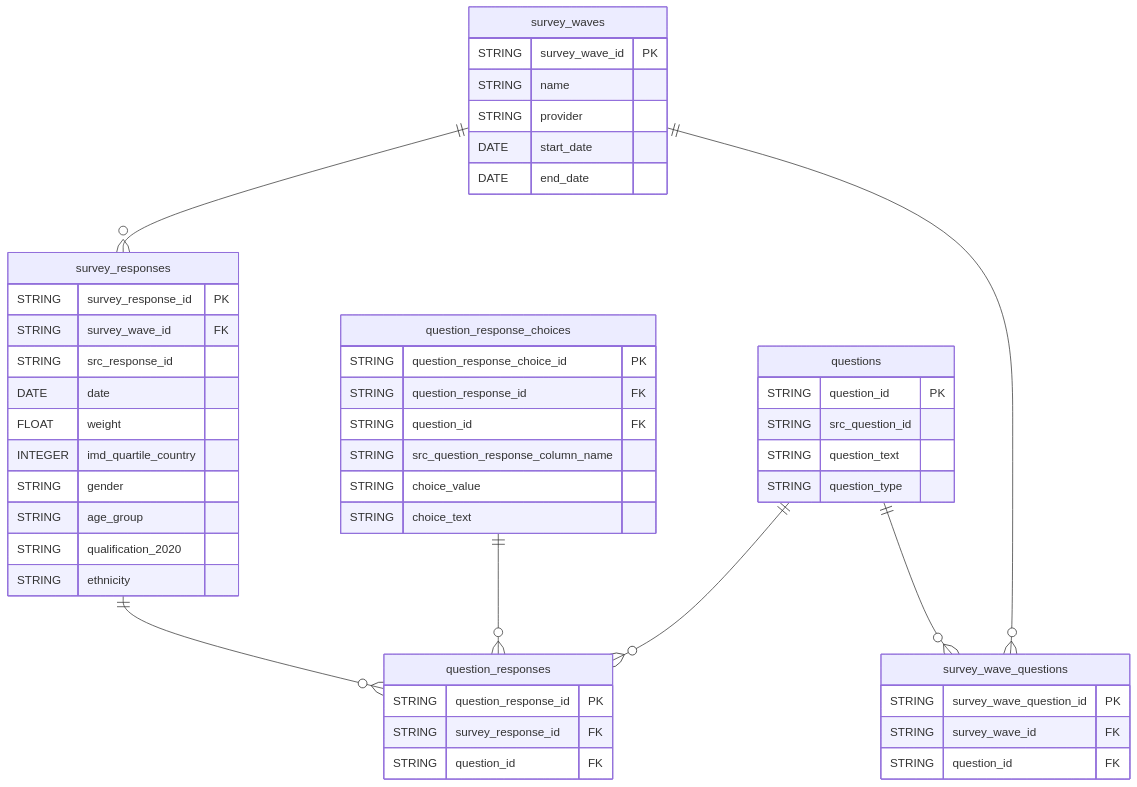
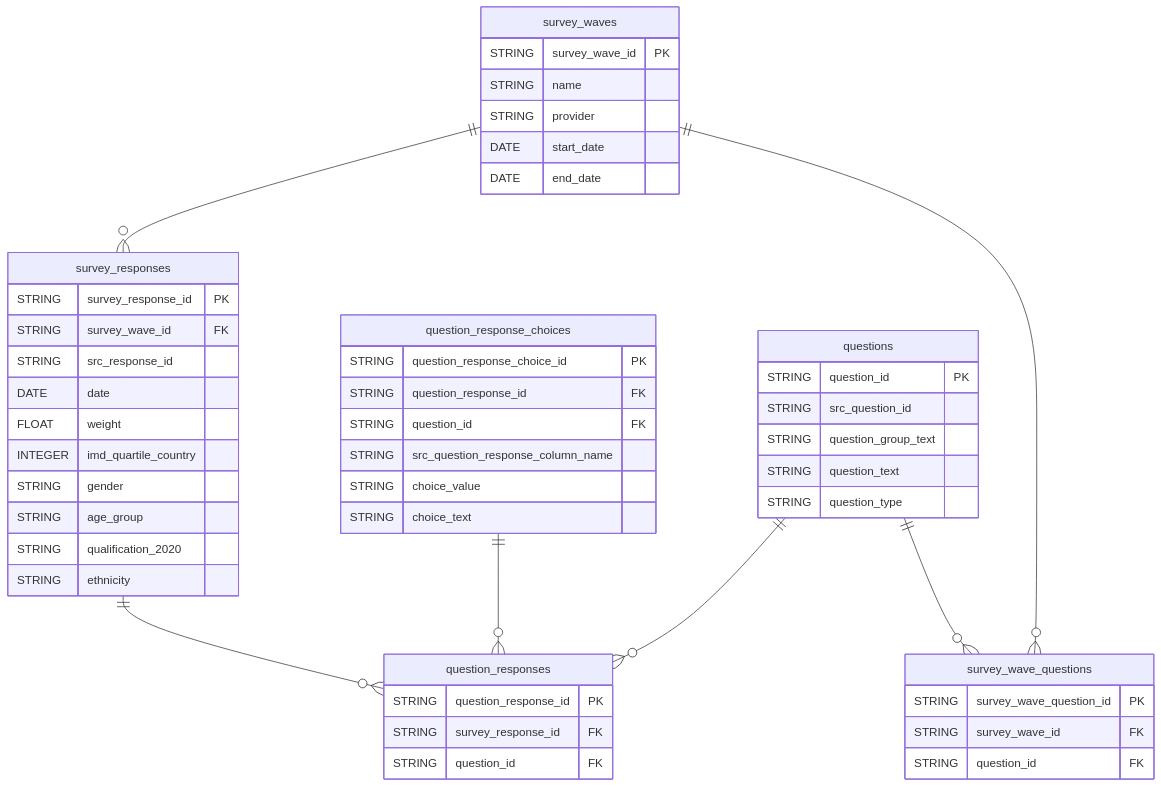
Before and after one commit to alphagov/govuk-polling-dataform: the diagram in README.md, drawn with Mermaid.

Commit message:
update ERD

````diff
--- a/README.md
+++ b/README.md
@@ -13,58 +13,59 @@
 ```mermaid
 erDiagram
     survey_waves {
         STRING survey_wave_id PK
         STRING name
         STRING provider
         DATE start_date
         DATE end_date
     }
 
     survey_responses {
         STRING survey_response_id PK
         STRING survey_wave_id FK
         STRING src_response_id
         DATE date
         FLOAT weight
         INTEGER imd_quartile_country
         STRING gender
         STRING age_group
         STRING qualification_2020
         STRING ethnicity
     }
 
     question_responses {
         STRING question_response_id PK
         STRING survey_response_id FK
         STRING question_id FK
     }
 
     questions {
         STRING question_id PK
         STRING src_question_id
+        STRING question_group_text
         STRING question_text
         STRING question_type
     }
 
     question_response_choices {
         STRING question_response_choice_id PK
         STRING question_response_id FK
         STRING question_id FK
         STRING src_question_response_column_name
         STRING choice_value
         STRING choice_text
     }
 
     survey_wave_questions {
         STRING survey_wave_question_id PK
         STRING survey_wave_id FK
         STRING question_id FK
     }
 
     survey_waves ||--o{ survey_responses : ""
     survey_responses ||--o{ question_responses : ""
     question_response_choices ||--o{ question_responses : ""
     questions ||--o{ question_responses : ""
     questions ||--o{ survey_wave_questions : ""
     survey_waves ||--o{ survey_wave_questions : ""
 ```
````
